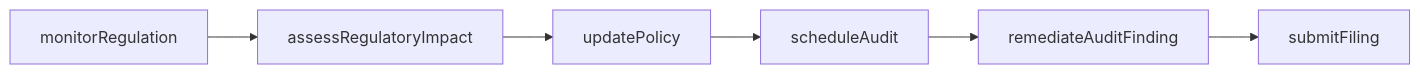
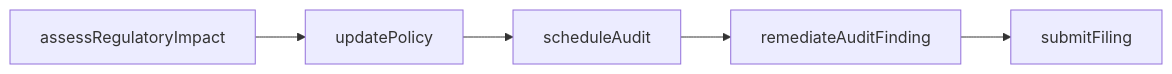
Before and after one commit to dot-org-ai/departments.org.ai: the first of 2 diagrams in LegalCompliance/RegulatoryCompliance.mdx, drawn with Mermaid. The commit also changed 7 other files, not shown here.

````diff
--- a/LegalCompliance/RegulatoryCompliance.mdx
+++ b/LegalCompliance/RegulatoryCompliance.mdx
@@ -82,8 +82,7 @@
 ```mermaid
 graph LR
-  monitorRegulation --> assessRegulatoryImpact
   assessRegulatoryImpact --> updatePolicy
   updatePolicy --> scheduleAudit
   scheduleAudit --> remediateAuditFinding
   remediateAuditFinding --> submitFiling
 ```
````
